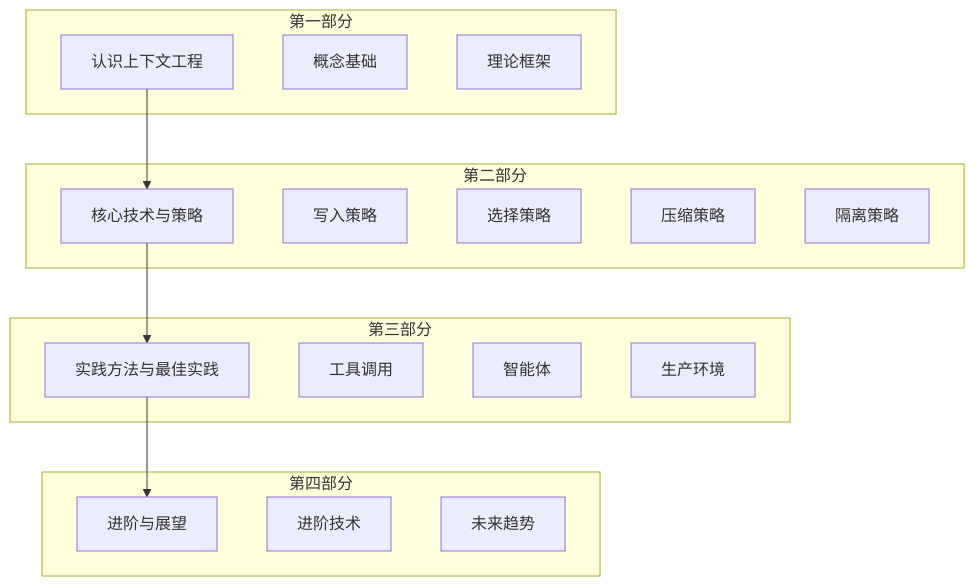
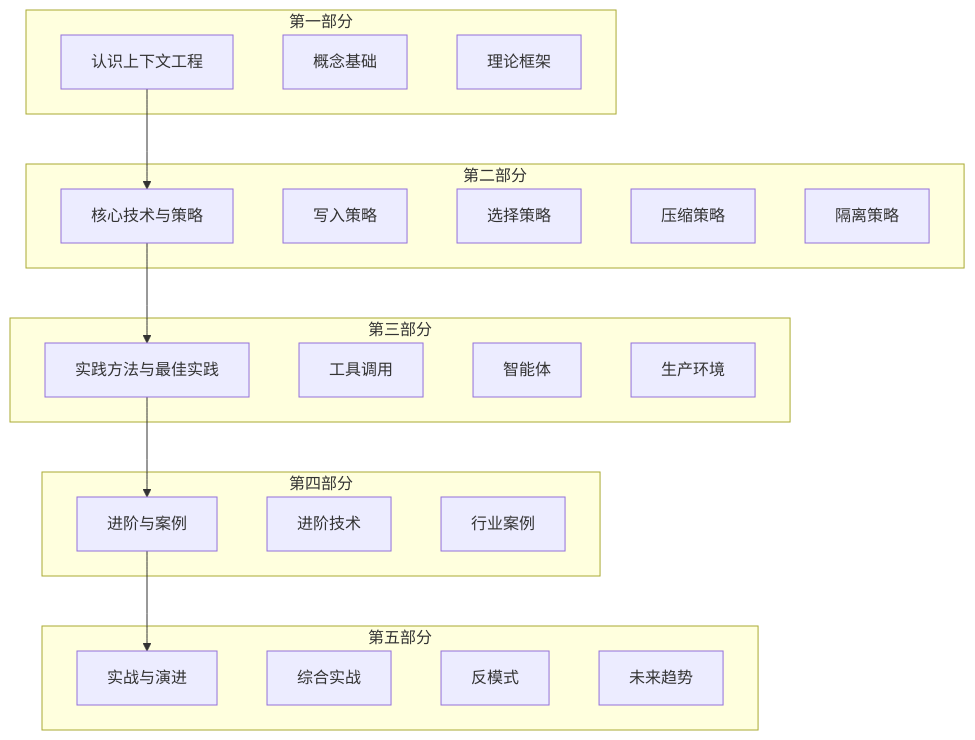
One commit to yeasy/context_engineering_guide changed the diagram in 01_overview/1.4_roadmap.md. Above: the diagram before and after it, drawn with Mermaid. The commit also changed other lines of this file and 59 other files, not shown here.

````diff
--- a/01_overview/1.4_roadmap.md
+++ b/01_overview/1.4_roadmap.md
@@ -7,31 +7,38 @@
 ```mermaid
 graph TB
     subgraph "第一部分"
         A["认识上下文工程"]
         A1["概念基础"]
         A2["理论框架"]
     end
     
     subgraph "第二部分"
         B["核心技术与策略"]
         B1["写入策略"]
         B2["选择策略"]
         B3["压缩策略"]
         B4["隔离策略"]
     end
     
     subgraph "第三部分"
         C["实践方法与最佳实践"]
         C1["工具调用"]
         C2["智能体"]
         C3["生产环境"]
     end
     
     subgraph "第四部分"
-        D["进阶与展望"]
+        D["进阶与案例"]
         D1["进阶技术"]
-        D2["未来趋势"]
+        D2["行业案例"]
     end
     
-    A --> B --> C --> D
+    subgraph "第五部分"
+        E["实战与演进"]
+        E1["综合实战"]
+        E2["反模式"]
+        E3["未来趋势"]
+    end
+    
+    A --> B --> C --> D --> E
 ```
````
